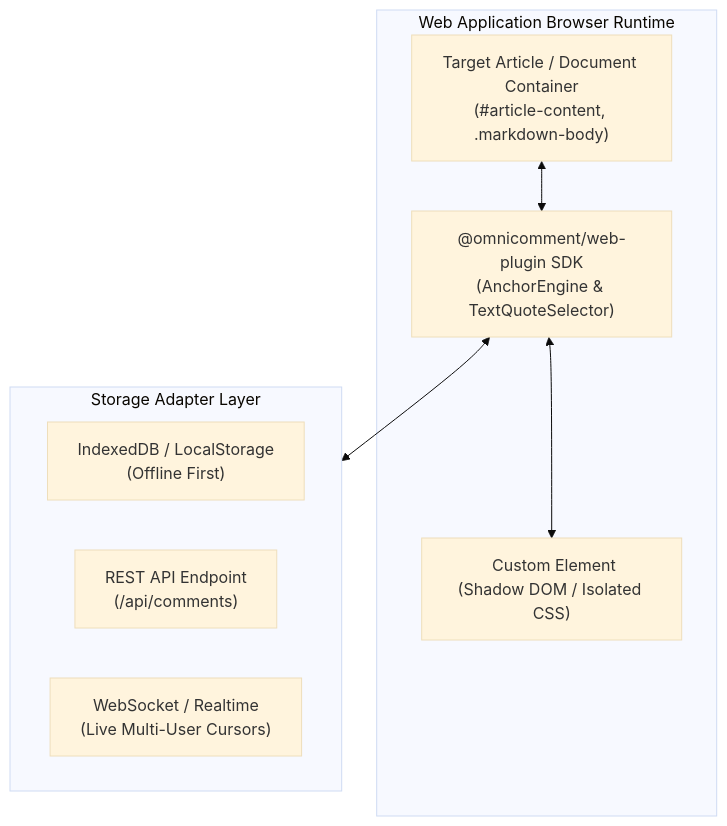
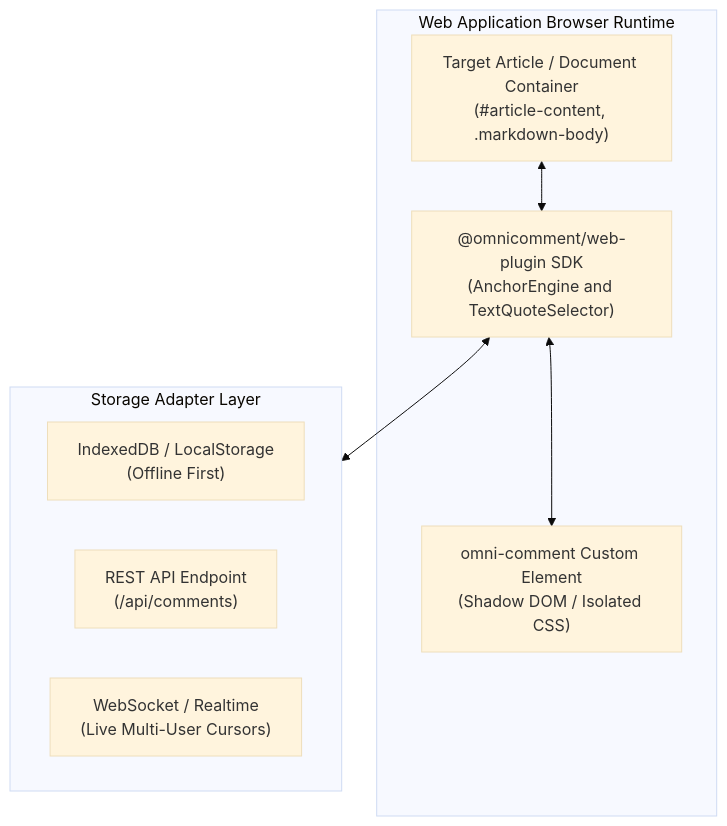
Before and after one commit to benquike/OmniComment: the diagram in docs/WEBAPP_GUIDE.md, drawn with Mermaid (base theme). The commit also changed 1 other file, not shown here.

Commit message:
docs: fix mermaid component diagram syntax in architecture and webapp guides, and resolve comment
- Remove unescaped HTML tag `<omni-comment>` in node labels of Mermaid component diagrams in `docs/ARCHITECTURE.md` and `docs/WEBAPP_GUIDE.md`
- Resolve comment in `docs/ARCHITECTURE.md` with explanatory reply
- Rebuild documentation site and verify unit test suites pass

````diff
--- a/docs/WEBAPP_GUIDE.md
+++ b/docs/WEBAPP_GUIDE.md
@@ -27,19 +27,19 @@
 ```mermaid
 flowchart TD
     subgraph Browser ["Web Application Browser Runtime"]
         DOM["Target Article / Document Container\n(#article-content, .markdown-body)"]
-        SDK["@omnicomment/web-plugin SDK\n(AnchorEngine & TextQuoteSelector)"]
-        UI["<omni-comment> Custom Element\n(Shadow DOM / Isolated CSS)"]
+        SDK["@omnicomment/web-plugin SDK\n(AnchorEngine and TextQuoteSelector)"]
+        UI["omni-comment Custom Element\n(Shadow DOM / Isolated CSS)"]
         
         DOM <--> SDK
         SDK <--> UI
     end
 
     subgraph Storage ["Storage Adapter Layer"]
         LOCAL["IndexedDB / LocalStorage\n(Offline First)"]
         REST["REST API Endpoint\n(/api/comments)"]
         WS["WebSocket / Realtime\n(Live Multi-User Cursors)"]
     end
 
     SDK <--> Storage
 ```
````
